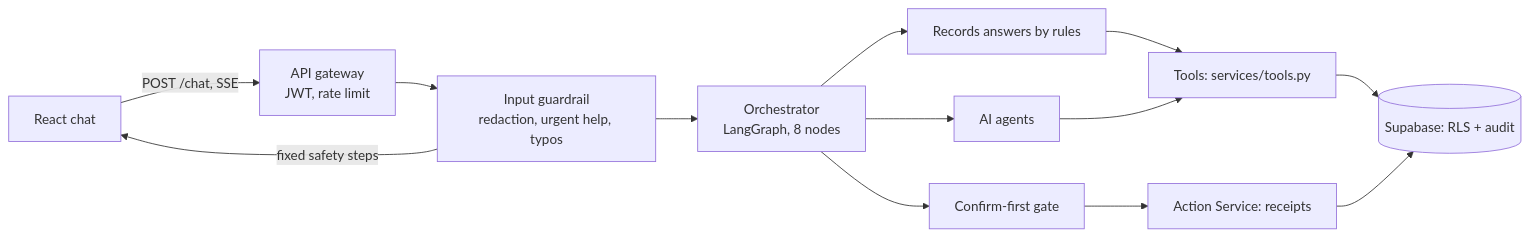
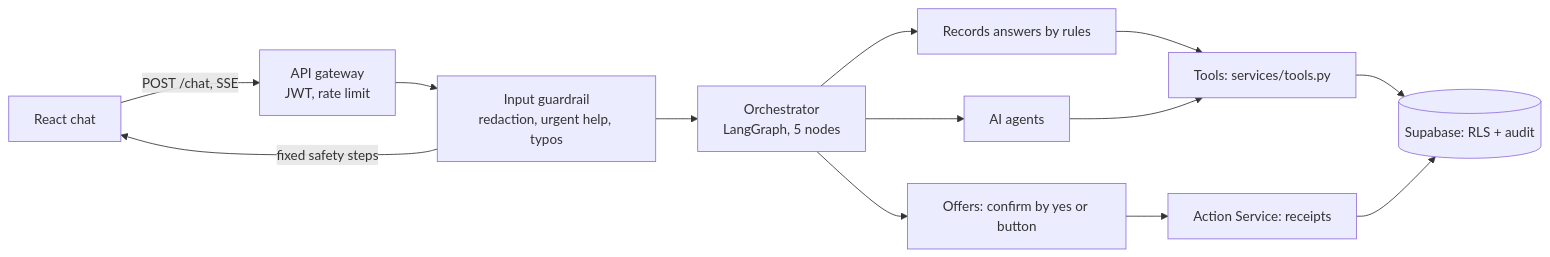
One commit to deniseLie/IS4000_Group7 changed the first of 3 diagrams in docs/how-agents-run.md. Above: the diagram before and after it, drawn with Mermaid. The commit also changed other lines of this file and 54 other files, not shown here.

First line of the commit message:
feat(orchestrator): v5 graph on /chat with confirmations as chat turns (phase 5)

````diff
--- a/docs/how-agents-run.md
+++ b/docs/how-agents-run.md
@@ -7,15 +7,15 @@
 ```mermaid
 flowchart LR
   UI[React chat] -->|POST /chat, SSE| GW[API gateway<br/>JWT, rate limit]
   GW --> GR[Input guardrail<br/>redaction, urgent help, typos]
   GR -->|fixed safety steps| UI
-  GR --> OR[Orchestrator<br/>LangGraph, 8 nodes]
+  GR --> OR[Orchestrator<br/>LangGraph, 5 nodes]
   OR --> RU[Records answers by rules]
   OR --> AG[AI agents]
   RU --> TL[Tools: services/tools.py]
   AG --> TL
   TL --> DB[(Supabase: RLS + audit)]
-  OR --> GATE[Confirm-first gate]
+  OR --> GATE[Offers: confirm by yes or button]
   GATE --> AS[Action Service: receipts]
   AS --> DB
 ```
````
